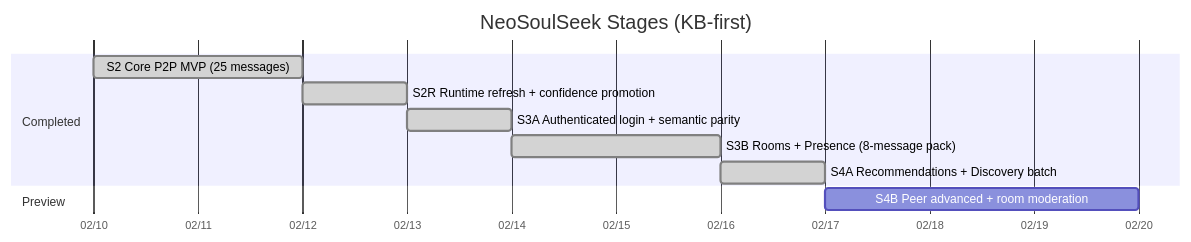
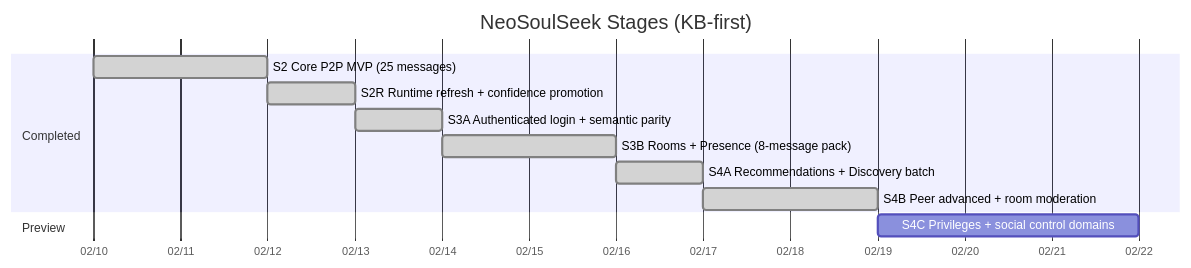
Before and after one commit to fedejinich/nss: the first of 2 diagrams in docs/state/roadmap.md, drawn with Mermaid. The commit also changed other lines of this file and 36 other files, not shown here.

Commit message:
feat: deliver S4B peer-advanced mapping and protocol matrix

````diff
--- a/docs/state/roadmap.md
+++ b/docs/state/roadmap.md
@@ -9,14 +9,15 @@
 ```mermaid
 gantt
     title NeoSoulSeek Stages (KB-first)
     dateFormat  YYYY-MM-DD
     axisFormat  %m/%d
     section Completed
     S2 Core P2P MVP (25 messages) :done, s2, 2026-02-10, 2d
     S2R Runtime refresh + confidence promotion :done, s2r, after s2, 1d
     S3A Authenticated login + semantic parity :done, s3a, after s2r, 1d
     S3B Rooms + Presence (8-message pack) :done, s3b, 2026-02-14, 2d
     S4A Recommendations + Discovery batch :done, s4a, after s3b, 1d
+    S4B Peer advanced + room moderation :done, s4b, after s4a, 2d
     section Preview
-    S4B Peer advanced + room moderation :s4b, after s4a, 3d
+    S4C Privileges + social control domains :s4c, after s4b, 3d
 ```
````
